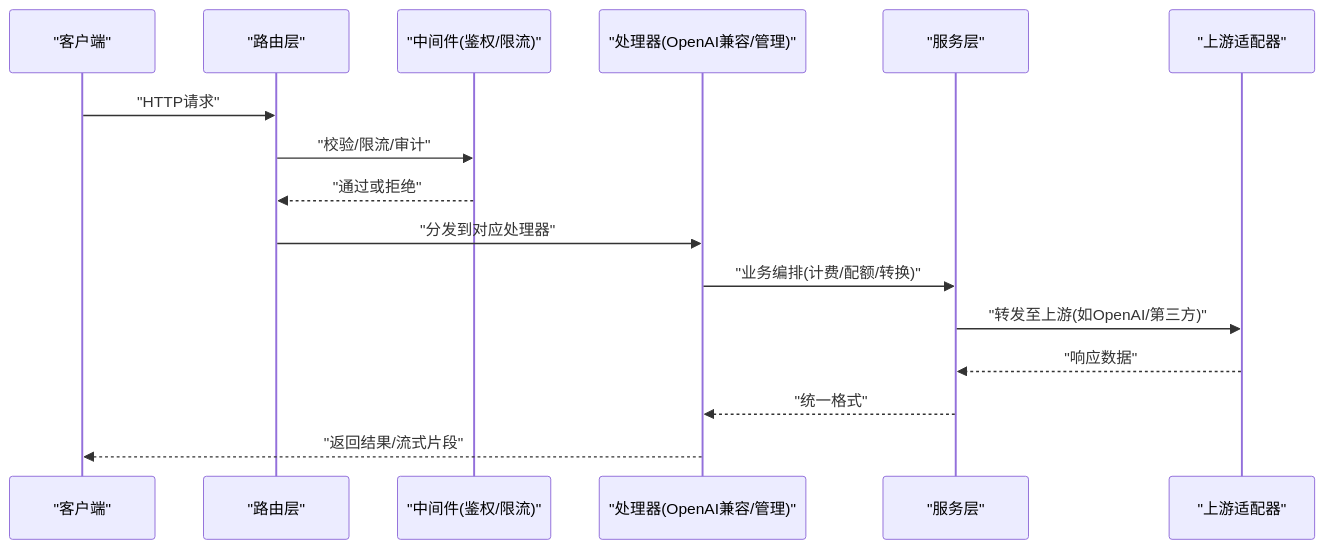
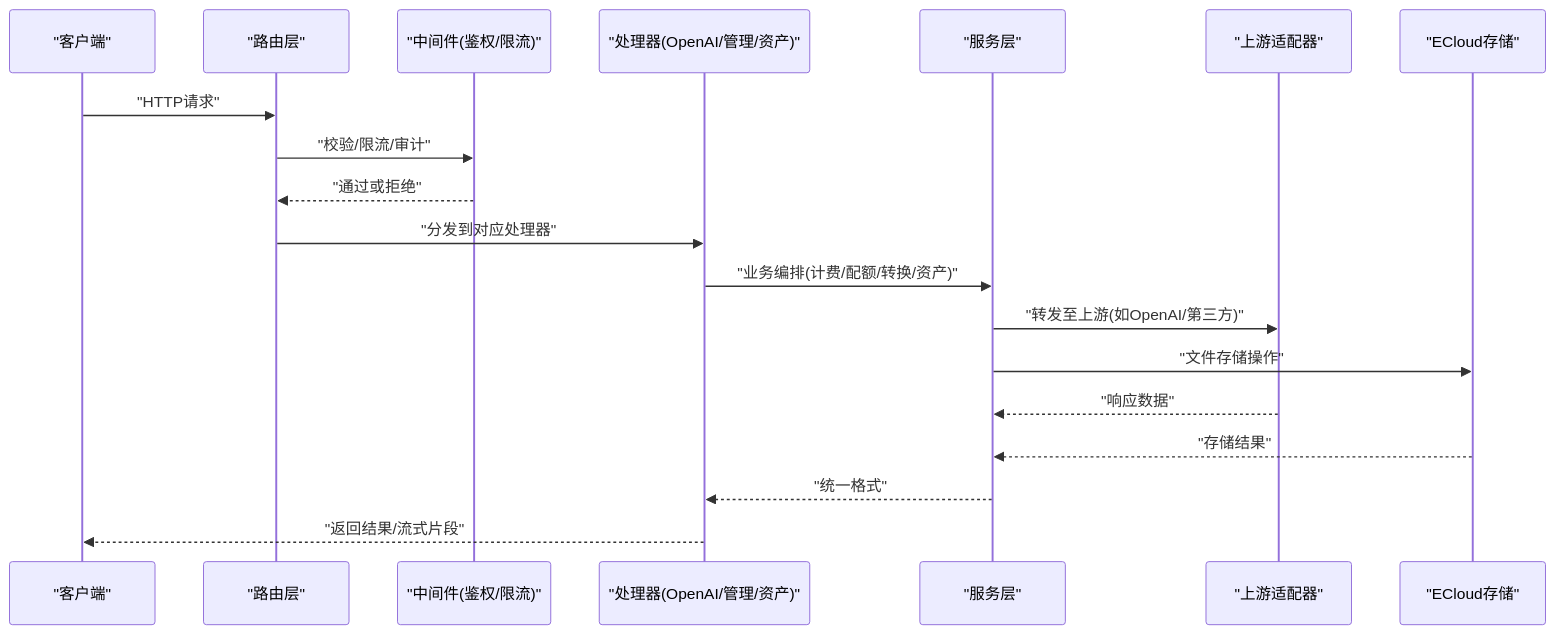
One commit to zhaodechao2008/new-api changed the second of 8 diagrams in .qoder/repowiki/zh/content/API参考/API参考.md. Above: the diagram before and after it, drawn with Mermaid. The commit also changed other lines of this file and 274 other files, not shown here.

````diff
--- a/.qoder/repowiki/zh/content/API参考/API参考.md
+++ b/.qoder/repowiki/zh/content/API参考/API参考.md
@@ -105,18 +129,21 @@
 ```mermaid
 sequenceDiagram
 participant C as "客户端"
 participant R as "路由层"
 participant M as "中间件(鉴权/限流)"
-participant H as "处理器(OpenAI兼容/管理)"
+participant H as "处理器(OpenAI/管理/资产)"
 participant S as "服务层"
 participant U as "上游适配器"
+participant EC as "ECloud存储"
 C->>R : "HTTP请求"
 R->>M : "校验/限流/审计"
 M-->>R : "通过或拒绝"
 R->>H : "分发到对应处理器"
-H->>S : "业务编排(计费/配额/转换)"
+H->>S : "业务编排(计费/配额/转换/资产)"
 S->>U : "转发至上游(如OpenAI/第三方)"
+S->>EC : "文件存储操作"
 U-->>S : "响应数据"
+EC-->>S : "存储结果"
 S-->>H : "统一格式"
 H-->>C : "返回结果/流式片段"
 ```
````
